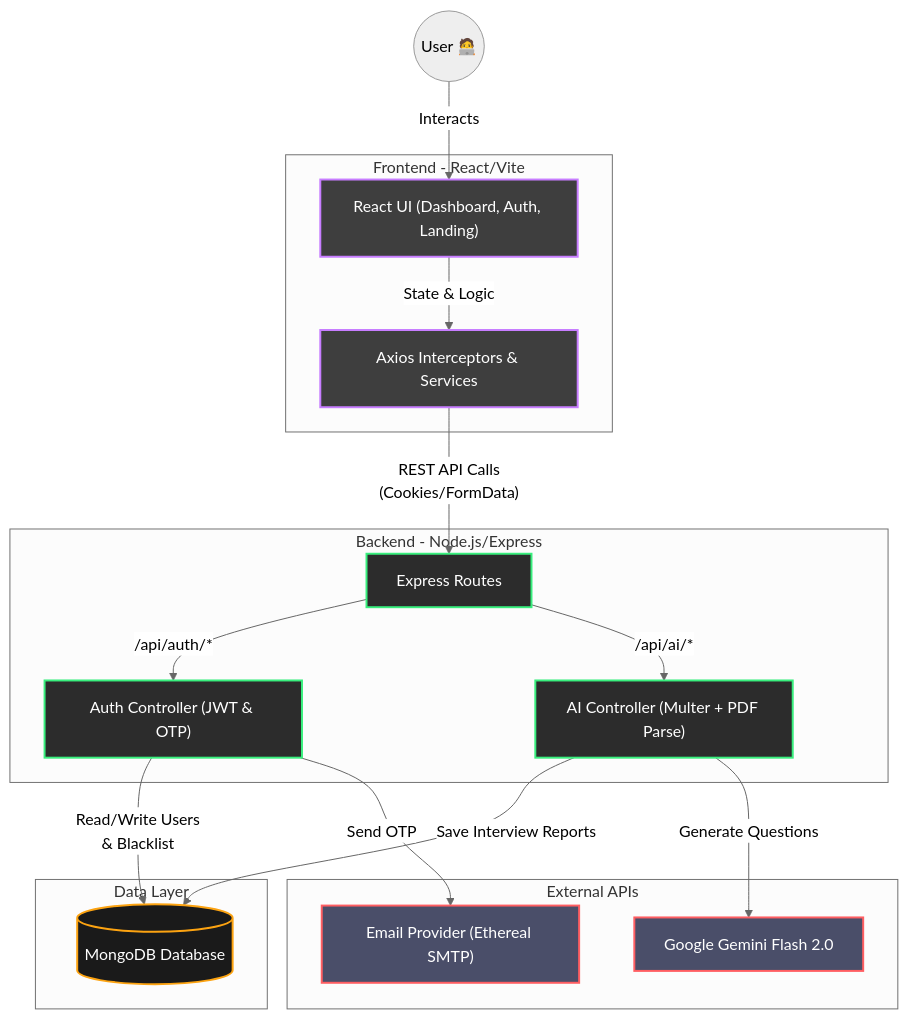
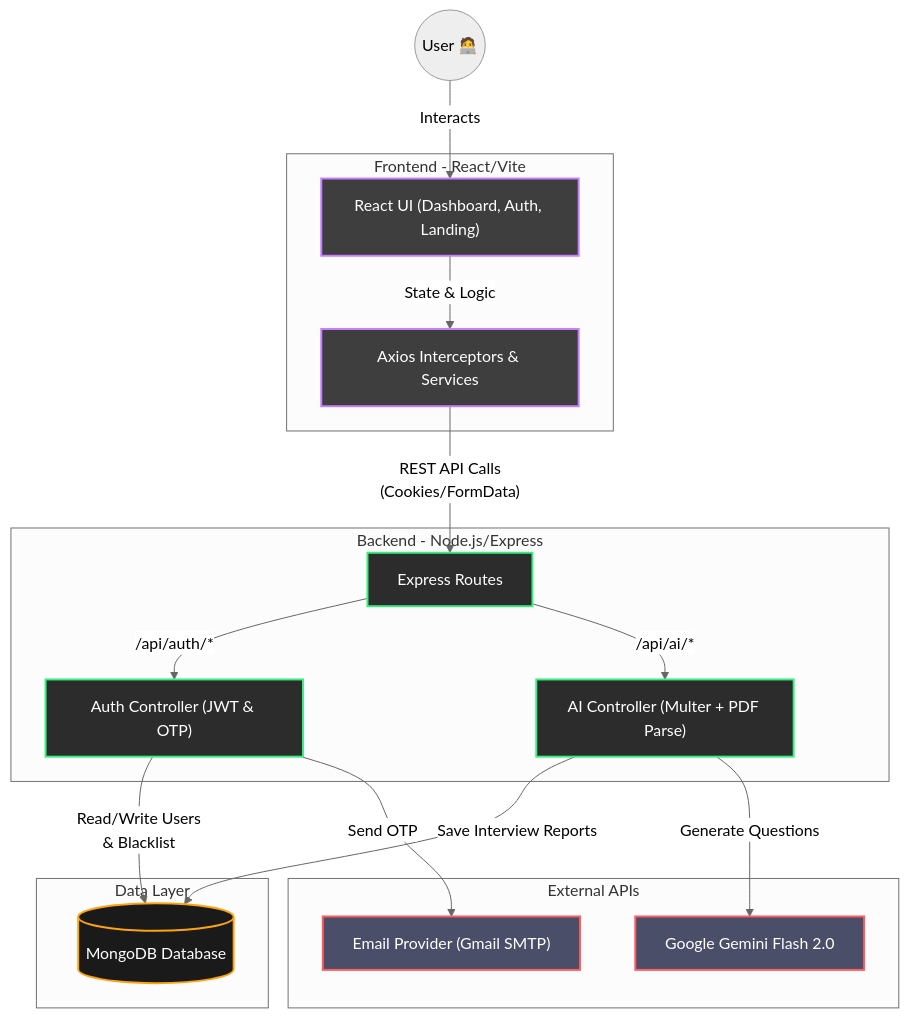
One commit to piyushmj0/prepmind changed the diagram in README.md. Above: the diagram before and after it, drawn with Mermaid (neutral theme). The commit also changed other lines of this file and 7 other files, not shown here.

````diff
--- a/README.md
+++ b/README.md
@@ -15,45 +15,45 @@
 ```mermaid
 flowchart TD
     %% Define styles
     classDef frontend fill:#3e3e3e,stroke:#c77dff,stroke-width:2px,color:#fff;
     classDef backend fill:#2c2c2c,stroke:#38ef7d,stroke-width:2px,color:#fff;
     classDef database fill:#1a1a1a,stroke:#fca311,stroke-width:2px,color:#fff;
     classDef external fill:#4a4e69,stroke:#ff5e62,stroke-width:2px,color:#fff;
 
     %% Nodes
     User(("User 🧑‍💻"))
     
     subgraph Client [Frontend - React/Vite]
         UI["React UI (Dashboard, Auth, Landing)"]:::frontend
         API_Service["Axios Interceptors & Services"]:::frontend
     end
     
     subgraph Server [Backend - Node.js/Express]
         Router["Express Routes"]:::backend
         Auth["Auth Controller (JWT & OTP)"]:::backend
         AI["AI Controller (Multer + PDF Parse)"]:::backend
     end
     
     subgraph Data [Data Layer]
         DB[("MongoDB Database")]:::database
     end
     
     subgraph External [External APIs]
         Gemini["Google Gemini Flash 2.0"]:::external
-        SMTP["Email Provider (Ethereal SMTP)"]:::external
+        SMTP["Email Provider (Gmail SMTP)"]:::external
     end
 
     %% Relationships
     User -- "Interacts" --> UI
     UI -- "State & Logic" --> API_Service
     API_Service -- "REST API Calls\n(Cookies/FormData)" --> Router
     
     Router -- "/api/auth/*" --> Auth
     Router -- "/api/ai/*" --> AI
     
     Auth -- "Read/Write Users\n& Blacklist" --> DB
     AI -- "Save Interview Reports" --> DB
     
     Auth -- "Send OTP" --> SMTP
     AI -- "Generate Questions" --> Gemini
 ```
````
